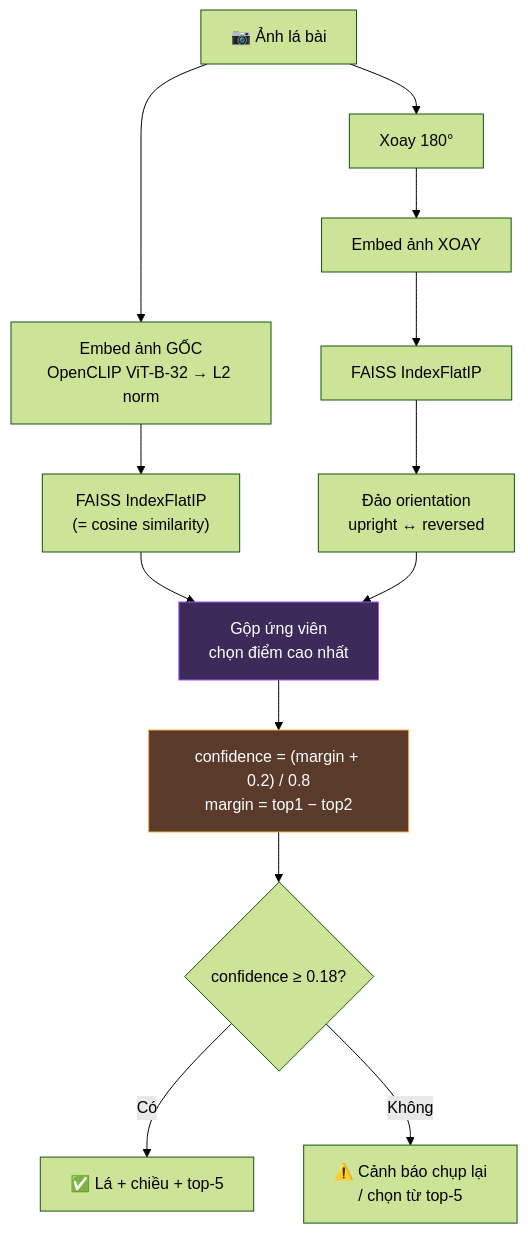
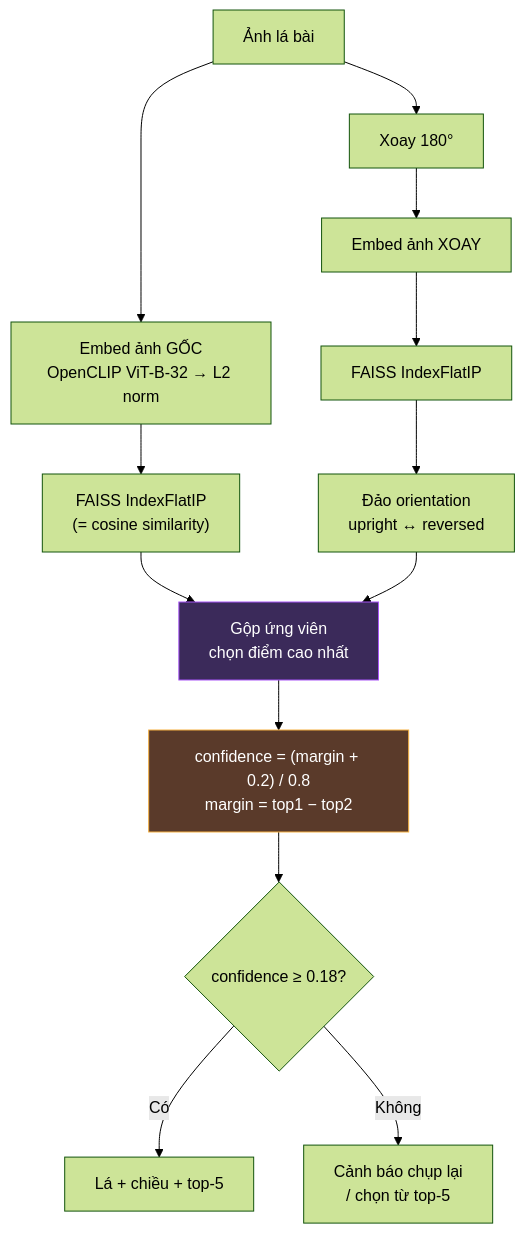
The fifth of 11 diagrams in docs/SO-DO-KIEN-TRUC.md (0x-mpkane6/catarot), drawn with Mermaid (forest theme) before and after one commit. The commit also changed other lines of this file and 31 other files, not shown here.

````diff
--- a/docs/SO-DO-KIEN-TRUC.md
+++ b/docs/SO-DO-KIEN-TRUC.md
@@ -129,20 +138,20 @@
 ```mermaid
 flowchart TB
-    IMG["📷 Ảnh lá bài"] --> P1["Embed ảnh GỐC<br/>OpenCLIP ViT-B-32 → L2 norm"]
+    IMG["Ảnh lá bài"] --> P1["Embed ảnh GỐC<br/>OpenCLIP ViT-B-32 → L2 norm"]
     IMG --> ROT["Xoay 180°"]
     ROT --> P2["Embed ảnh XOAY"]
 
     P1 --> S1["FAISS IndexFlatIP<br/>(= cosine similarity)"]
     P2 --> S2["FAISS IndexFlatIP"]
     S2 --> FLIP["Đảo orientation<br/>upright ↔ reversed"]
 
     S1 --> MERGE["Gộp ứng viên<br/>chọn điểm cao nhất"]
     FLIP --> MERGE
     MERGE --> CONF["confidence = (margin + 0.2) / 0.8<br/>margin = top1 − top2"]
     CONF --> CHK{"confidence ≥ 0.18?"}
-    CHK -->|"Có"| OK["✅ Lá + chiều + top-5"]
-    CHK -->|"Không"| WARN["⚠️ Cảnh báo chụp lại<br/>/ chọn từ top-5"]
+    CHK -->|"Có"| OK["Lá + chiều + top-5"]
+    CHK -->|"Không"| WARN["Cảnh báo chụp lại<br/>/ chọn từ top-5"]
 
     style MERGE fill:#3b2a5a,stroke:#a855f7,color:#fff
     style CONF fill:#5a3a2a,stroke:#f5b042,color:#fff
 ```
````
